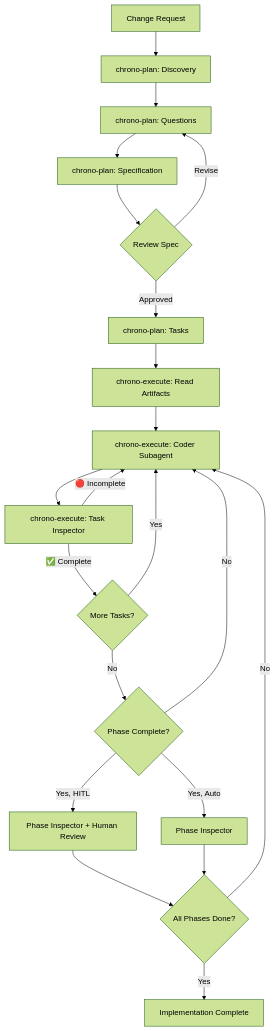
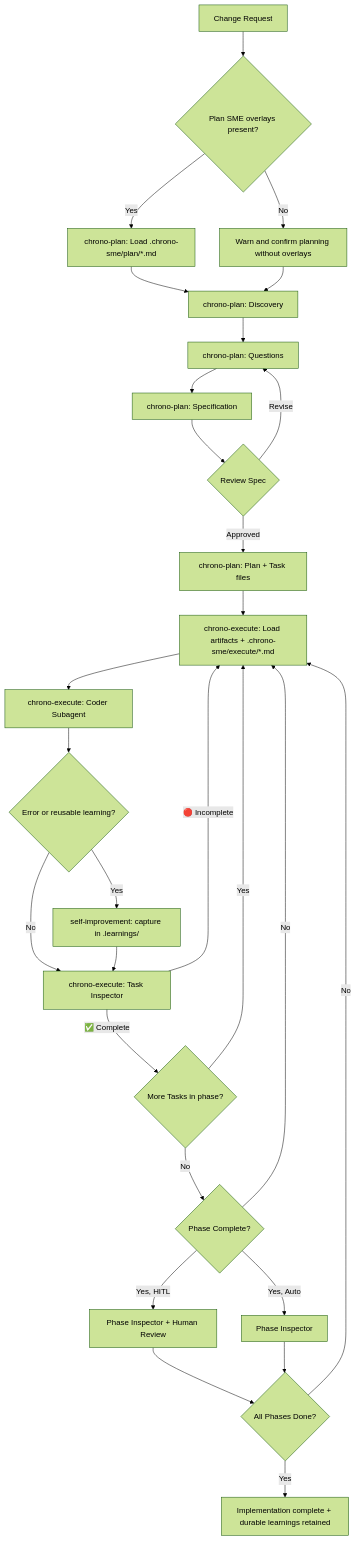
One commit to ngagne/chrono changed the diagram in README.md. Above: the diagram before and after it, drawn with Mermaid (forest theme). The commit also changed other lines of this file and 6 other files, not shown here.

Commit message:
add support for SME Overlays

````diff
--- a/README.md
+++ b/README.md
@@ -200,23 +254,30 @@
 ```mermaid
 graph TD
-    A[Change Request] --> B[chrono-plan: Discovery]
-    B --> C[chrono-plan: Questions]
-    C --> D[chrono-plan: Specification]
-    D --> E{Review Spec}
-    E -->|Approved| F[chrono-plan: Tasks]
-    E -->|Revise| C
-    F --> G[chrono-execute: Read Artifacts]
-    G --> H[chrono-execute: Coder Subagent]
-    H --> I[chrono-execute: Task Inspector]
-    I -->|✅ Complete| J{More Tasks?}
-    I -->|🔴 Incomplete| H
-    J -->|Yes| H
-    J -->|No| K{Phase Complete?}
-    K -->|Yes, HITL| L[Phase Inspector + Human Review]
-    K -->|Yes, Auto| M[Phase Inspector]
-    K -->|No| H
-    L --> N{All Phases Done?}
-    M --> N
-    N -->|Yes| O[Implementation Complete]
-    N -->|No| H
+   A[Change Request] --> B{Plan SME overlays present?}
+   B -->|Yes| C[chrono-plan: Load .chrono-sme/plan/*.md]
+   B -->|No| D[Warn and confirm planning without overlays]
+   C --> E[chrono-plan: Discovery]
+   D --> E
+   E --> F[chrono-plan: Questions]
+   F --> G[chrono-plan: Specification]
+   G --> H{Review Spec}
+   H -->|Approved| I[chrono-plan: Plan + Task files]
+   H -->|Revise| F
+   I --> J[chrono-execute: Load artifacts + .chrono-sme/execute/*.md]
+   J --> K[chrono-execute: Coder Subagent]
+   K --> L{Error or reusable learning?}
+   L -->|Yes| M[self-improvement: capture in .learnings/]
+   L -->|No| N[chrono-execute: Task Inspector]
+   M --> N
+   N -->|✅ Complete| O{More Tasks in phase?}
+   N -->|🔴 Incomplete| J
+   O -->|Yes| J
+   O -->|No| P{Phase Complete?}
+   P -->|Yes, HITL| Q[Phase Inspector + Human Review]
+   P -->|Yes, Auto| R[Phase Inspector]
+   P -->|No| J
+   Q --> S{All Phases Done?}
+   R --> S
+   S -->|Yes| T[Implementation complete + durable learnings retained]
+   S -->|No| J
 ```
````
